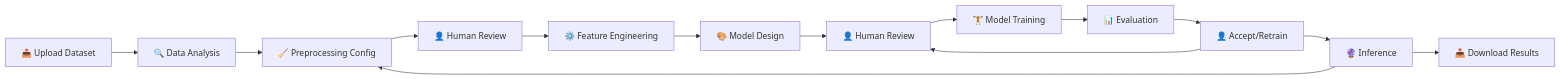
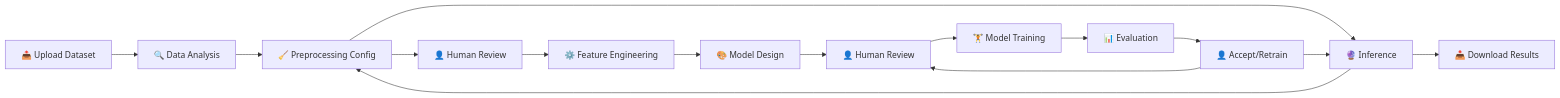
The diagram in README.md (Ghnkrk/AutoAgenticML), drawn with Mermaid before and after one commit.

````diff
--- a/README.md
+++ b/README.md
@@ -97,14 +97,14 @@
 ```mermaid
 graph LR
     A[📤 Upload Dataset] --> B[🔍 Data Analysis]
-    B --> C[🧹 Preprocessing Config]
+    B --> C[🧹 Preprocessing Config] --> K[🔮 Inference]
     C --> D[👤 Human Review]
     D --> E[⚙️ Feature Engineering]
     E --> F[🎨 Model Design]
     F --> G[👤 Human Review]
     G --> H[🏋️ Model Training]
     H --> I[📊 Evaluation]
     I --> J[👤 Accept/Retrain] --> G[👤 Human Review]
     J --> K[🔮 Inference] --> C[🧹 Preprocessing Config]
     K --> L[📥 Download Results]
 ```
````
